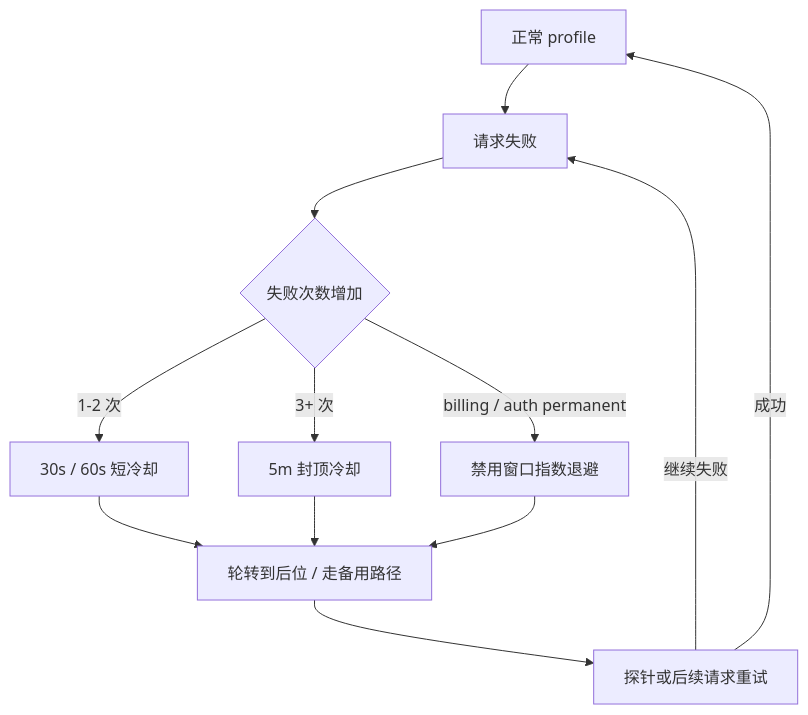
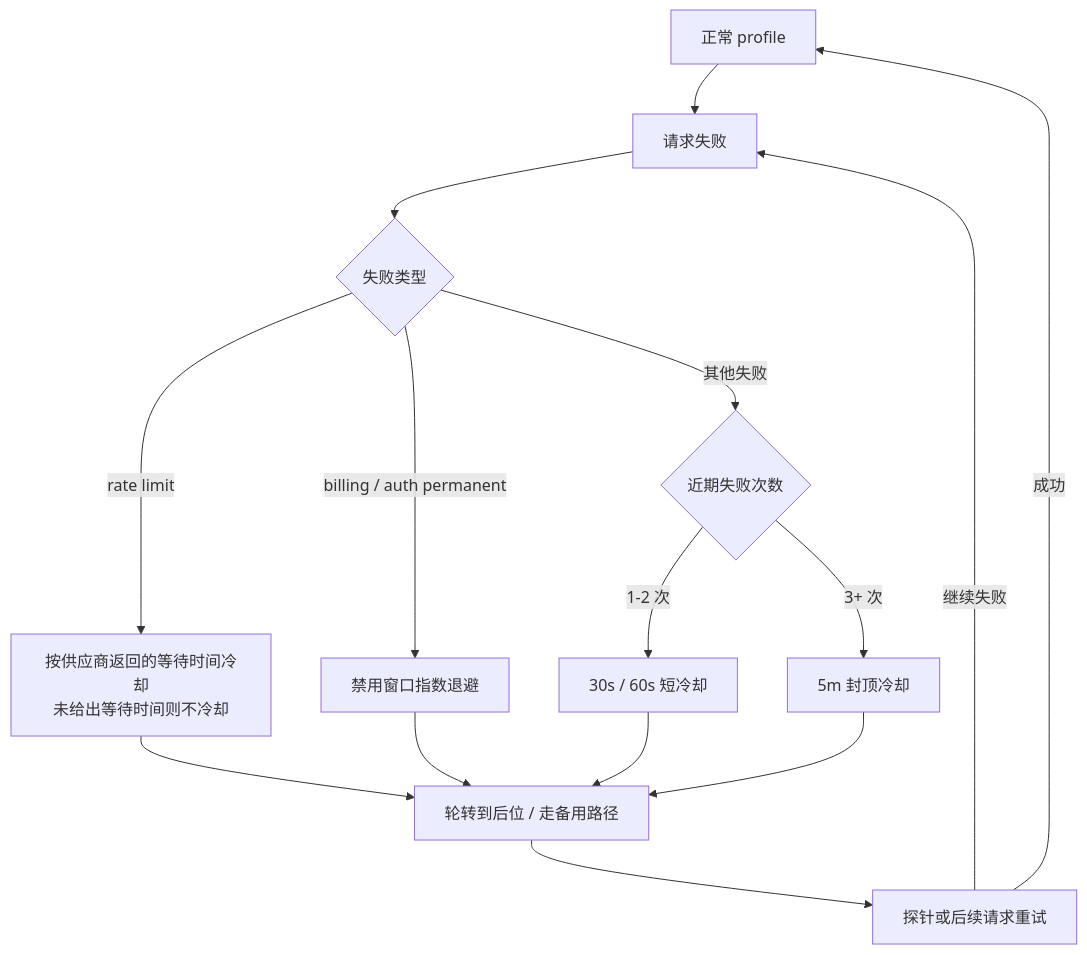
Before and after one commit to yeasy/openclaw_guide: the diagram in 11_reliability_security/11.2_rotation_cooldown.md, drawn with Mermaid. The commit also changed other lines of this file and 19 other files, not shown here.

````diff
--- a/11_reliability_security/11.2_rotation_cooldown.md
+++ b/11_reliability_security/11.2_rotation_cooldown.md
@@ -17,14 +17,17 @@
 ```mermaid
 flowchart TD
   O["正常 profile"] --> F["请求失败"]
-  F --> C{"失败次数增加"}
+  F --> T{"失败类型"}
+  T -->|"rate limit"| RL["按供应商返回的等待时间冷却<br/>未给出等待时间则不冷却"]
+  T -->|"billing / auth permanent"| BD["禁用窗口指数退避"]
+  T -->|"其他失败"| C{"近期失败次数"}
   C -->|"1-2 次"| CD["30s / 60s 短冷却"]
   C -->|"3+ 次"| CAP["5m 封顶冷却"]
-  C -->|"billing / auth permanent"| BD["禁用窗口指数退避"]
-  CAP --> R["轮转到后位 / 走备用路径"]
-  CD --> R["轮转到后位 / 走备用路径"]
+  RL --> R["轮转到后位 / 走备用路径"]
+  CAP --> R
+  CD --> R
   BD --> R
   R --> P["探针或后续请求重试"]
   P -->|"成功"| O
   P -->|"继续失败"| F
 ```
````
